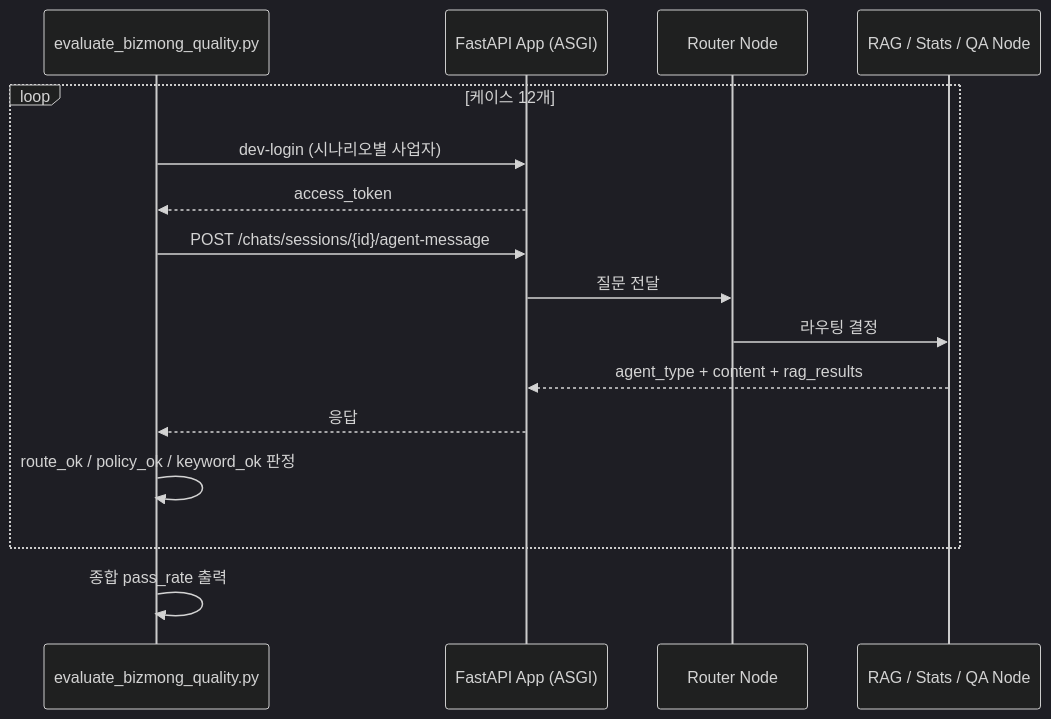
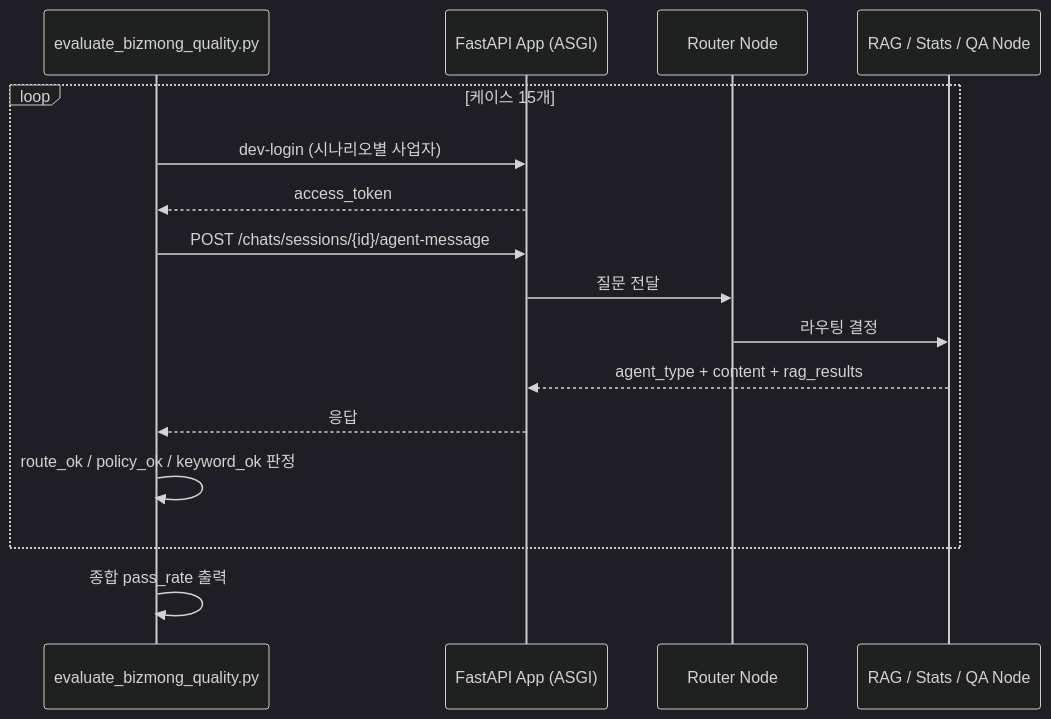
One commit to JH-SKY/biz-fund-ai changed the diagram in docs/04_experiment_and_test.md. Above: the diagram before and after it, drawn with Mermaid (dark theme). The commit also changed other lines of this file and 3 other files, not shown here.

````diff
--- a/docs/04_experiment_and_test.md
+++ b/docs/04_experiment_and_test.md
@@ -95,19 +101,19 @@
 ```mermaid
 sequenceDiagram
     participant E as evaluate_bizmong_quality.py
     participant A as FastAPI App (ASGI)
     participant R as Router Node
     participant RAG as RAG / Stats / QA Node
 
-    loop 케이스 12개
+    loop 케이스 15개
         E->>A: dev-login (시나리오별 사업자)
         A-->>E: access_token
         E->>A: POST /chats/sessions/{id}/agent-message
         A->>R: 질문 전달
         R->>RAG: 라우팅 결정
         RAG-->>A: agent_type + content + rag_results
         A-->>E: 응답
         E->>E: route_ok / policy_ok / keyword_ok 판정
     end
     E->>E: 종합 pass_rate 출력
 ```
````
